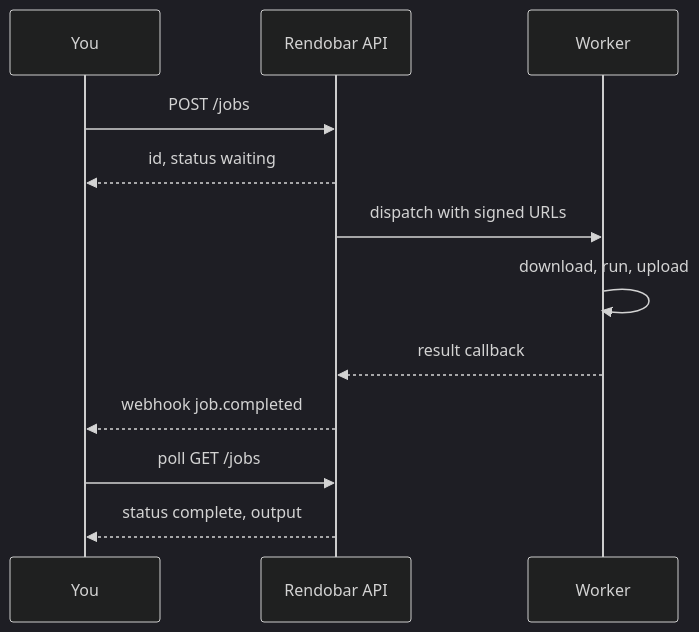
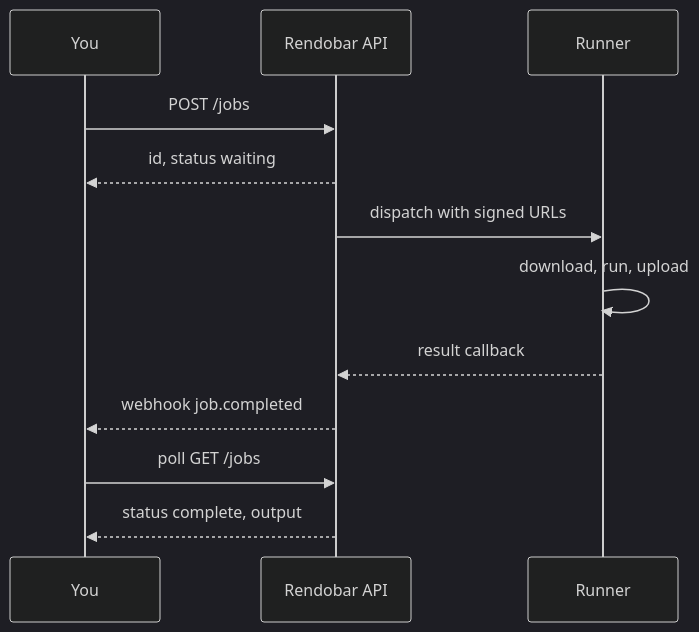
One commit to rendobar/docs changed the first of 2 diagrams in concepts/job.mdx. Above: the diagram before and after it, drawn with Mermaid (dark theme). The commit also changed other lines of this file and 3 other files, not shown here.

````diff
--- a/concepts/job.mdx
+++ b/concepts/job.mdx
@@ -32,14 +32,14 @@
 ```mermaid
 sequenceDiagram
     participant You
     participant API as Rendobar API
-    participant Worker
+    participant Runner
     You->>API: POST /jobs
     API-->>You: id, status waiting
-    API->>Worker: dispatch with signed URLs
-    Worker->>Worker: download, run, upload
-    Worker-->>API: result callback
+    API->>Runner: dispatch with signed URLs
+    Runner->>Runner: download, run, upload
+    Runner-->>API: result callback
     API-->>You: webhook job.completed
     You->>API: poll GET /jobs
     API-->>You: status complete, output
 ```
````
